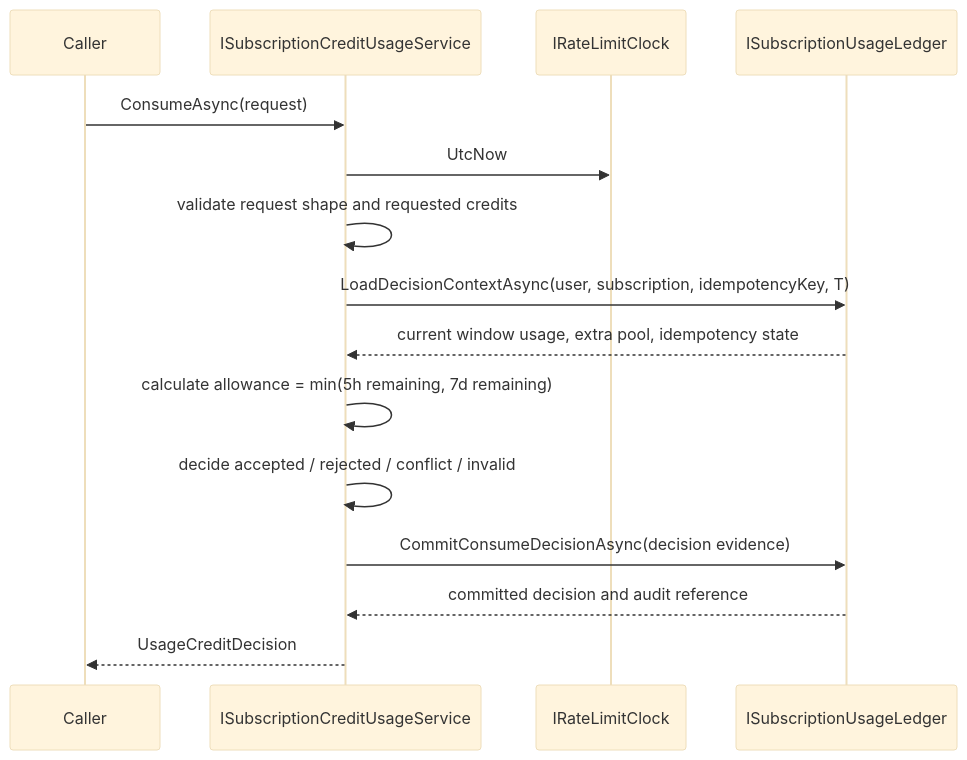
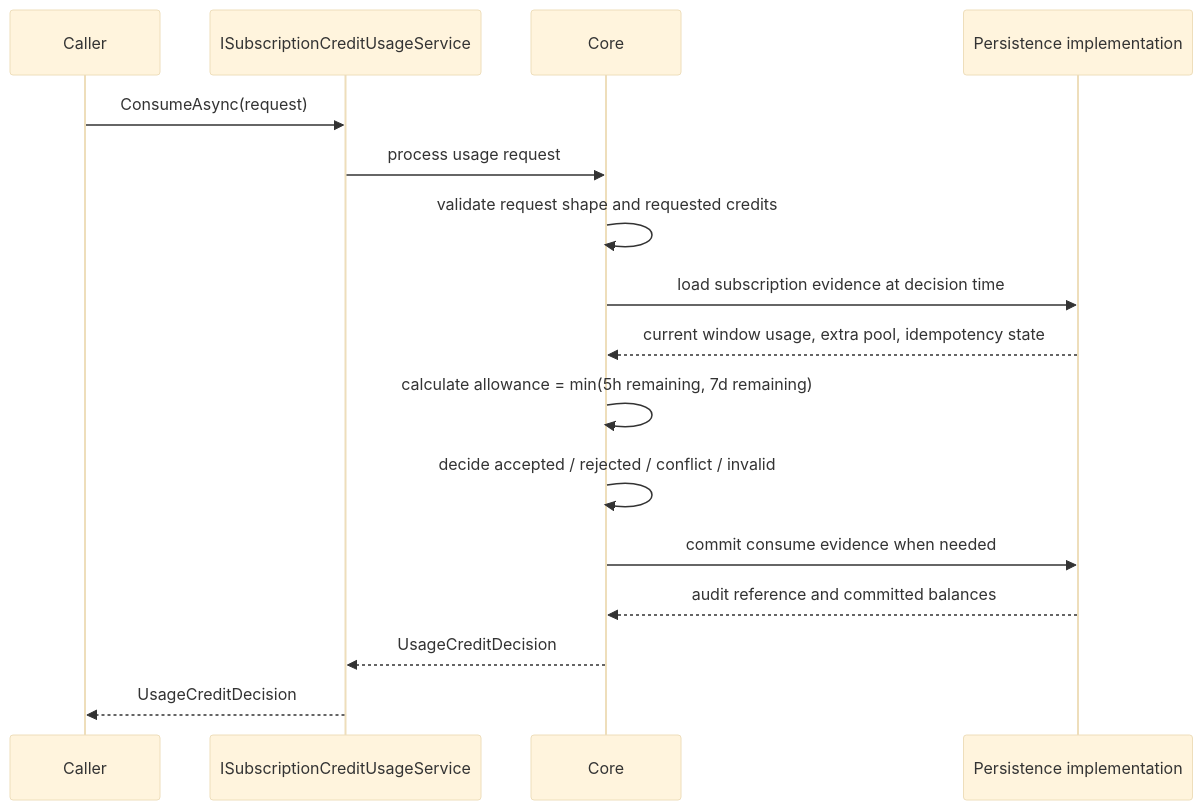
Before and after one commit to andrew0928/AndrewDemo.AgentRateLimit: the third of 3 diagrams in docs/architecture/subscription-credit-abstract-design.md, drawn with Mermaid (base theme). The commit also changed other lines of this file, not shown here.

First line of the commit message:
Refine subscription credit abstract surface

````diff
--- a/docs/architecture/subscription-credit-abstract-design.md
+++ b/docs/architecture/subscription-credit-abstract-design.md
@@ -398,18 +305,19 @@
 ```mermaid
 sequenceDiagram
     participant Caller
     participant Service as ISubscriptionCreditUsageService
-    participant Clock as IRateLimitClock
-    participant Ledger as ISubscriptionUsageLedger
+    participant Core
+    participant Store as Persistence implementation
 
     Caller->>Service: ConsumeAsync(request)
-    Service->>Clock: UtcNow
-    Service->>Service: validate request shape and requested credits
-    Service->>Ledger: LoadDecisionContextAsync(user, subscription, idempotencyKey, T)
-    Ledger-->>Service: current window usage, extra pool, idempotency state
-    Service->>Service: calculate allowance = min(5h remaining, 7d remaining)
-    Service->>Service: decide accepted / rejected / conflict / invalid
-    Service->>Ledger: CommitConsumeDecisionAsync(decision evidence)
-    Ledger-->>Service: committed decision and audit reference
+    Service->>Core: process usage request
+    Core->>Core: validate request shape and requested credits
+    Core->>Store: load subscription evidence at decision time
+    Store-->>Core: current window usage, extra pool, idempotency state
+    Core->>Core: calculate allowance = min(5h remaining, 7d remaining)
+    Core->>Core: decide accepted / rejected / conflict / invalid
+    Core->>Store: commit consume evidence when needed
+    Store-->>Core: audit reference and committed balances
+    Core-->>Service: UsageCreditDecision
     Service-->>Caller: UsageCreditDecision
 ```
````
